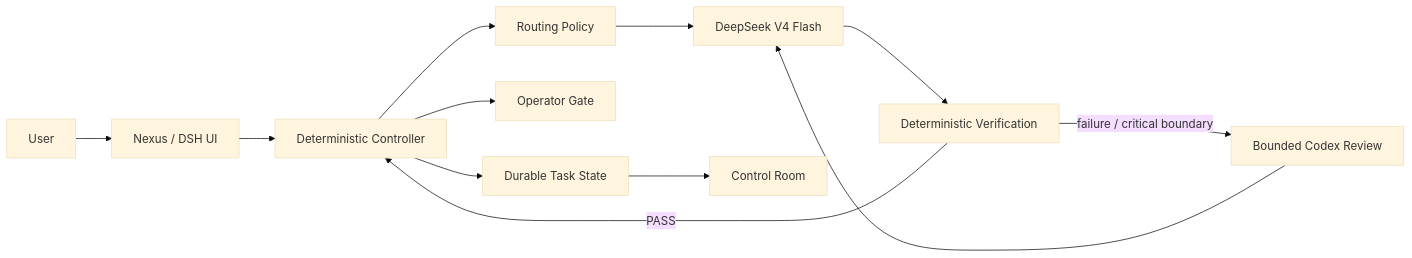
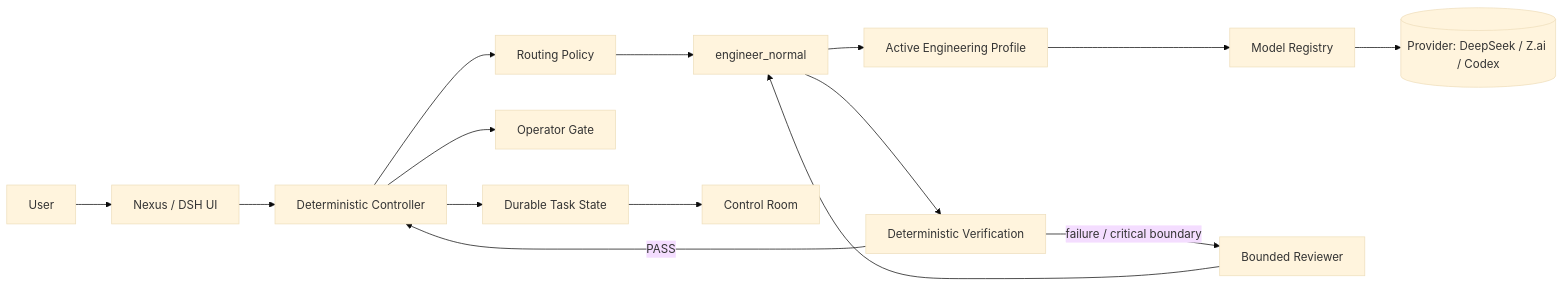
Before and after one commit to Kaloyan3D/Nexus: the diagram in README.md, drawn with Mermaid (base theme). The commit also changed other lines of this file and 37 other files, not shown here.

Commit message:
feat(engineering): add model-agnostic profiles and profile editor

````diff
--- a/README.md
+++ b/README.md
@@ -13,14 +13,17 @@
 ```mermaid
 flowchart LR
     U[User] --> UI[Nexus / DSH UI]
     UI --> C[Deterministic Controller]
     C --> R[Routing Policy]
-    R --> D[DeepSeek V4 Flash]
-    D --> V[Deterministic Verification]
+    R --> E[engineer_normal]
+    E --> P[Active Engineering Profile]
+    P --> M[Model Registry]
+    M --> MD[(Provider: DeepSeek / Z.ai / Codex)]
+    E --> V[Deterministic Verification]
     V -->|PASS| C
-    V -->|failure / critical boundary| RV[Bounded Codex Review]
-    RV --> D
+    V -->|failure / critical boundary| RV[Bounded Reviewer]
+    RV --> E
     C --> G[Operator Gate]
     C --> S[Durable Task State]
     S --> CR[Control Room]
 ```
````
